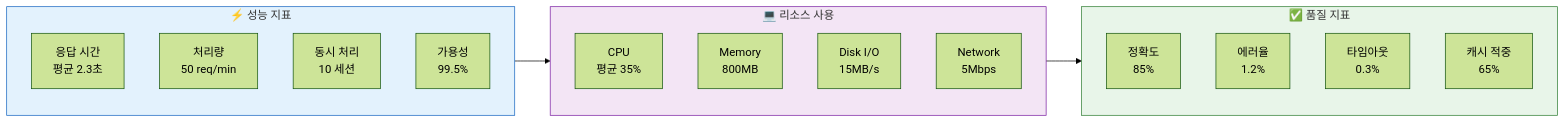
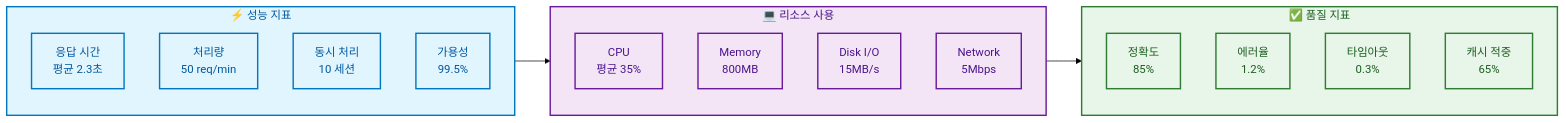
Before and after one commit to AIBootcamp14/langchainproject-new-langchainproject_5: the second of 6 diagrams in docs/PPT/04_실행_결과.md, drawn with Mermaid (forest theme). The commit also changed other lines of this file and 5 other files, not shown here.

First line of the commit message:
style(docs): PPT 문서에 mermaid 스타일 가이드 적용

````diff
--- a/docs/PPT/04_실행_결과.md
+++ b/docs/PPT/04_실행_결과.md
@@ -86,29 +97,44 @@
 ```mermaid
 graph LR
     subgraph Performance["⚡ 성능 지표"]
         P1[응답 시간<br/>평균 2.3초]
         P2[처리량<br/>50 req/min]
         P3[동시 처리<br/>10 세션]
         P4[가용성<br/>99.5%]
     end
 
     subgraph Resource["💻 리소스 사용"]
         R1[CPU<br/>평균 35%]
         R2[Memory<br/>800MB]
         R3[Disk I/O<br/>15MB/s]
         R4[Network<br/>5Mbps]
     end
 
     subgraph Quality["✅ 품질 지표"]
         Q1[정확도<br/>85%]
         Q2[에러율<br/>1.2%]
         Q3[타임아웃<br/>0.3%]
         Q4[캐시 적중<br/>65%]
     end
 
     Performance --> Resource --> Quality
 
-    style Performance fill:#e3f2fd,stroke:#1565c0
-    style Resource fill:#f3e5f5,stroke:#7b1fa2
-    style Quality fill:#e8f5e9,stroke:#2e7d32
+    style Performance fill:#e1f5ff,stroke:#0277bd,stroke-width:2px,color:#01579b
+    style Resource fill:#f3e5f5,stroke:#6a1b9a,stroke-width:2px,color:#4a148c
+    style Quality fill:#e8f5e9,stroke:#2e7d32,stroke-width:2px,color:#1b5e20
+
+    style P1 fill:#e1f5ff,stroke:#0277bd,stroke-width:2px,color:#01579b
+    style P2 fill:#e1f5ff,stroke:#0277bd,stroke-width:2px,color:#01579b
+    style P3 fill:#e1f5ff,stroke:#0277bd,stroke-width:2px,color:#01579b
+    style P4 fill:#e1f5ff,stroke:#0277bd,stroke-width:2px,color:#01579b
+
+    style R1 fill:#f3e5f5,stroke:#6a1b9a,stroke-width:2px,color:#4a148c
+    style R2 fill:#f3e5f5,stroke:#6a1b9a,stroke-width:2px,color:#4a148c
+    style R3 fill:#f3e5f5,stroke:#6a1b9a,stroke-width:2px,color:#4a148c
+    style R4 fill:#f3e5f5,stroke:#6a1b9a,stroke-width:2px,color:#4a148c
+
+    style Q1 fill:#e8f5e9,stroke:#2e7d32,stroke-width:2px,color:#1b5e20
+    style Q2 fill:#e8f5e9,stroke:#2e7d32,stroke-width:2px,color:#1b5e20
+    style Q3 fill:#e8f5e9,stroke:#2e7d32,stroke-width:2px,color:#1b5e20
+    style Q4 fill:#e8f5e9,stroke:#2e7d32,stroke-width:2px,color:#1b5e20
 ```
````
